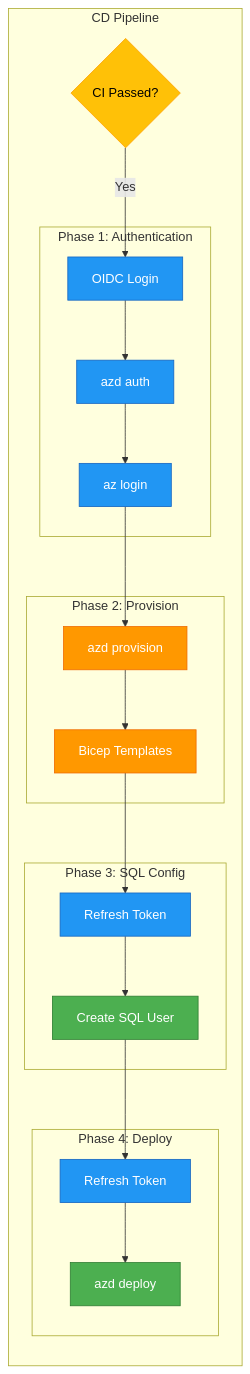
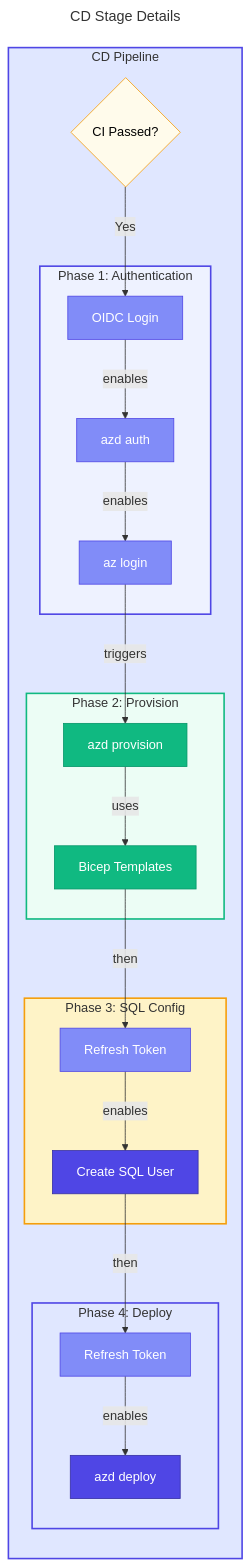
One commit to Evilazaro/Azure-LogicApps-Monitoring changed the third of 4 diagrams in docs/architecture/07-deployment-architecture.md. Above: the diagram before and after it, drawn with Mermaid. The commit also changed other lines of this file and 1 other file, not shown here.

Commit message:
refactor: Enhance service bus messaging documentation with improved topic/subscription topology diagram and connection details

````diff
--- a/docs/architecture/07-deployment-architecture.md
+++ b/docs/architecture/07-deployment-architecture.md
@@ -196,49 +232,67 @@
 ```mermaid
+---
+title: CD Stage Details
+---
 flowchart TD
+    %% ===== CD PIPELINE =====
     subgraph CD["CD Pipeline"]
         direction TB
 
         CI_CHECK{CI Passed?}
 
+        %% ===== PHASE 1: AUTHENTICATION =====
         subgraph Auth["Phase 1: Authentication"]
             OIDC[OIDC Login]
             AZD_AUTH[azd auth]
             AZ_LOGIN[az login]
         end
 
+        %% ===== PHASE 2: PROVISION =====
         subgraph Provision["Phase 2: Provision"]
             AZD_PROVISION[azd provision]
             BICEP[Bicep Templates]
         end
 
+        %% ===== PHASE 3: SQL CONFIG =====
         subgraph SQLConfig["Phase 3: SQL Config"]
             REFRESH1[Refresh Token]
             CREATE_USER[Create SQL User]
         end
 
+        %% ===== PHASE 4: DEPLOY =====
         subgraph Deploy["Phase 4: Deploy"]
             REFRESH2[Refresh Token]
             AZD_DEPLOY[azd deploy]
         end
     end
 
-    CI_CHECK -->|Yes| OIDC
-    OIDC --> AZD_AUTH
-    AZD_AUTH --> AZ_LOGIN
-    AZ_LOGIN --> AZD_PROVISION
-    AZD_PROVISION --> BICEP
-    BICEP --> REFRESH1
-    REFRESH1 --> CREATE_USER
-    CREATE_USER --> REFRESH2
-    REFRESH2 --> AZD_DEPLOY
+    %% ===== CONNECTIONS =====
+    CI_CHECK -->|"Yes"| OIDC
+    OIDC -->|"enables"| AZD_AUTH
+    AZD_AUTH -->|"enables"| AZ_LOGIN
+    AZ_LOGIN -->|"triggers"| AZD_PROVISION
+    AZD_PROVISION -->|"uses"| BICEP
+    BICEP -->|"then"| REFRESH1
+    REFRESH1 -->|"enables"| CREATE_USER
+    CREATE_USER -->|"then"| REFRESH2
+    REFRESH2 -->|"enables"| AZD_DEPLOY
 
-    classDef decision fill:#FFC107,stroke:#FFA000,color:#000
-    classDef auth fill:#2196F3,stroke:#1565C0,color:#fff
-    classDef provision fill:#FF9800,stroke:#EF6C00,color:#fff
-    classDef deploy fill:#4CAF50,stroke:#2E7D32,color:#fff
+    %% ===== CLASS DEFINITIONS (EXACT HEX COLORS) =====
+    classDef primary fill:#4F46E5,stroke:#3730A3,color:#FFFFFF
+    classDef secondary fill:#10B981,stroke:#059669,color:#FFFFFF
+    classDef datastore fill:#F59E0B,stroke:#D97706,color:#000000
+    classDef trigger fill:#818CF8,stroke:#4F46E5,color:#FFFFFF
+    classDef decision fill:#FFFBEB,stroke:#F59E0B,color:#000000
 
     class CI_CHECK decision
-    class OIDC,AZD_AUTH,AZ_LOGIN,REFRESH1,REFRESH2 auth
-    class AZD_PROVISION,BICEP provision
-    class CREATE_USER,AZD_DEPLOY deploy
+    class OIDC,AZD_AUTH,AZ_LOGIN,REFRESH1,REFRESH2 trigger
+    class AZD_PROVISION,BICEP secondary
+    class CREATE_USER,AZD_DEPLOY primary
+
+    %% ===== SUBGRAPH STYLES =====
+    style CD fill:#E0E7FF,stroke:#4F46E5,stroke-width:2px
+    style Auth fill:#EEF2FF,stroke:#4F46E5,stroke-width:2px
+    style Provision fill:#ECFDF5,stroke:#10B981,stroke-width:2px
+    style SQLConfig fill:#FEF3C7,stroke:#F59E0B,stroke-width:2px
+    style Deploy fill:#E0E7FF,stroke:#4F46E5,stroke-width:2px
 ```
````
